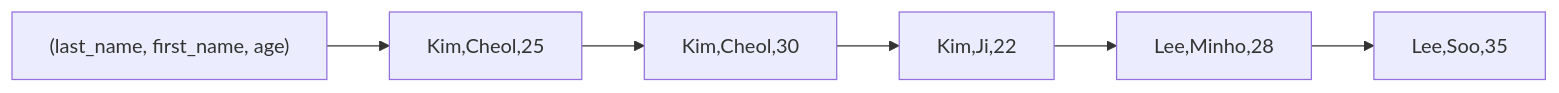
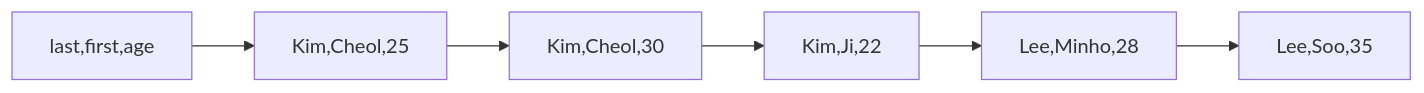
The fourth of 4 diagrams in _posts/db/2026-05-01-db-index.md (yjkim2015/yjkim2015.github.io), drawn with Mermaid before and after one commit. The commit also changed other lines of this file and 245 other files, not shown here.

First line of the commit message:
Mermaid 다이어그램 전면 수정 + 면접 포인트 접기/펼치기 + DB 데드락 페이지

````diff
--- a/_posts/db/2026-05-01-db-index.md
+++ b/_posts/db/2026-05-01-db-index.md
@@ -395,8 +395,8 @@
 ```mermaid
 graph LR
-    I["(last_name, first_name, age)"] --> A["Kim,Cheol,25"]
+    I["last,first,age"] --> A["Kim,Cheol,25"]
     A --> B["Kim,Cheol,30"]
     B --> C["Kim,Ji,22"]
     C --> D["Lee,Minho,28"]
     D --> E["Lee,Soo,35"]
 ```
````
